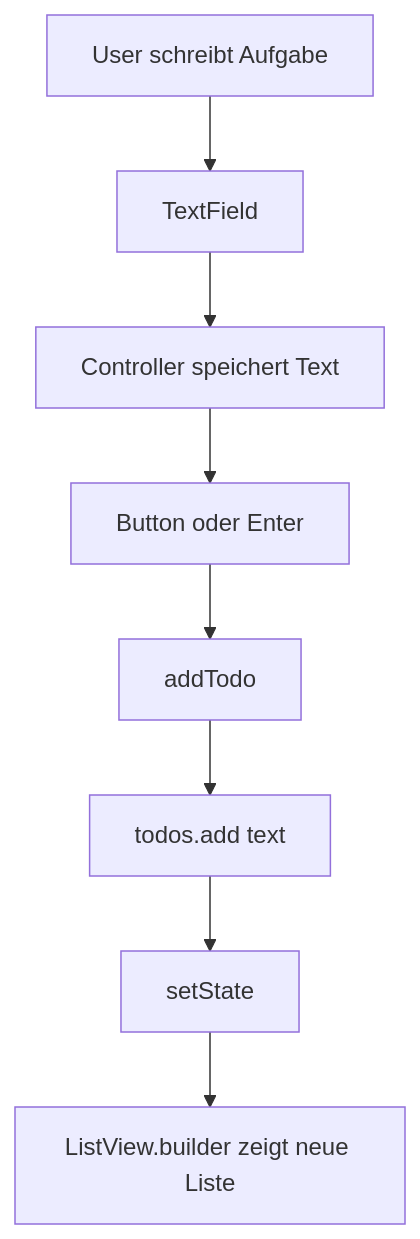
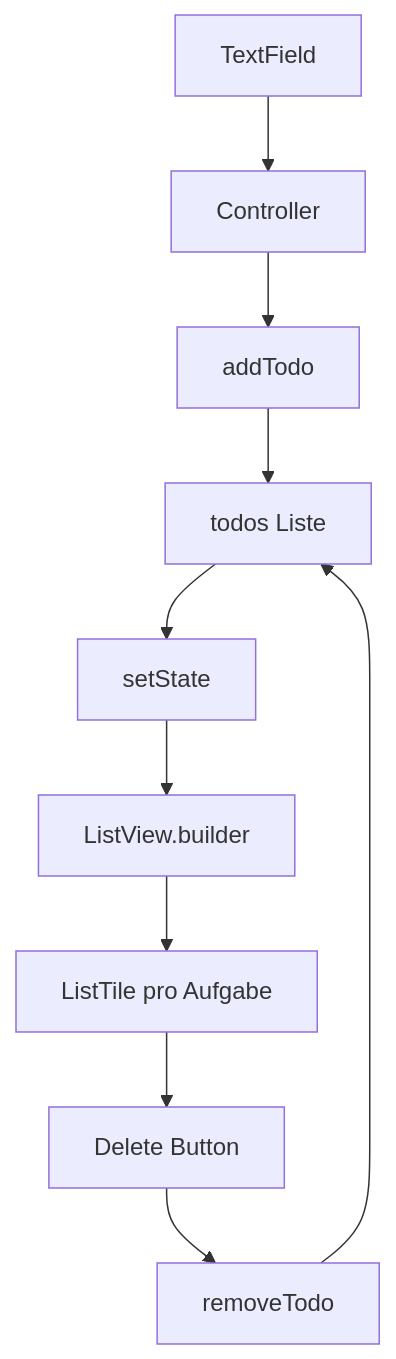
Before and after one commit to Real-Dau/Flutter-lernen: the diagram in 10-zusammenhaengende-mini-app/VISUAL.md, drawn with Mermaid. The commit also changed other lines of this file and 12 other files, not shown here.

````diff
--- a/10-zusammenhaengende-mini-app/VISUAL.md
+++ b/10-zusammenhaengende-mini-app/VISUAL.md
@@ -7,10 +9,12 @@
 ```mermaid
 flowchart TD
-    A[User schreibt Aufgabe] --> B[TextField]
-    B --> C[Controller speichert Text]
-    C --> D[Button oder Enter]
-    D --> E[addTodo]
-    E --> F[todos.add text]
-    F --> G[setState]
-    G --> H[ListView.builder zeigt neue Liste]
+    A[TextField] --> B[Controller]
+    B --> C[addTodo]
+    C --> D[todos Liste]
+    D --> E[setState]
+    E --> F[ListView.builder]
+    F --> G[ListTile pro Aufgabe]
+    G --> H[Delete Button]
+    H --> I[removeTodo]
+    I --> D
 ```
````
